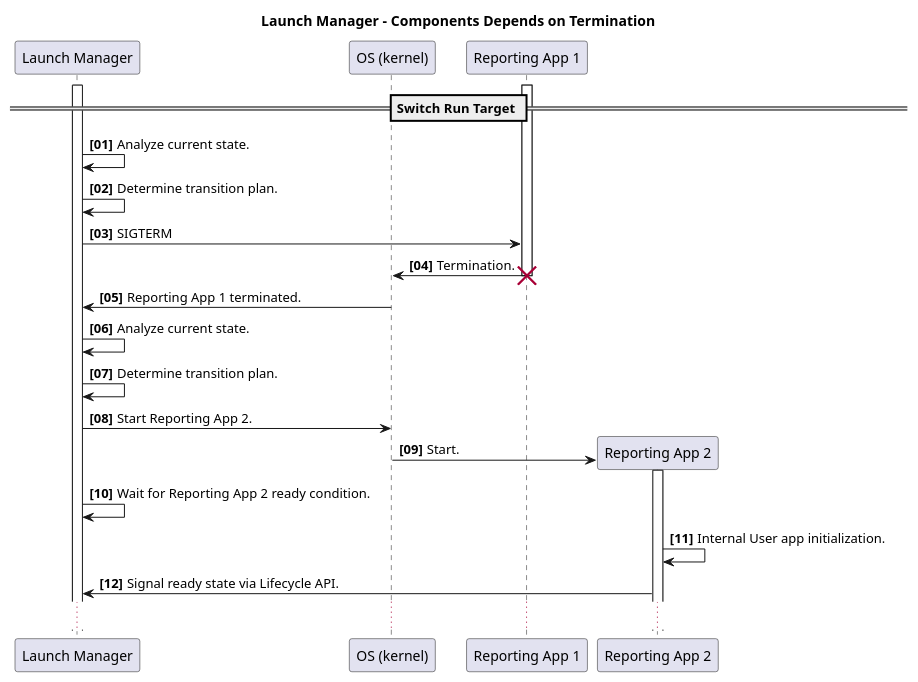
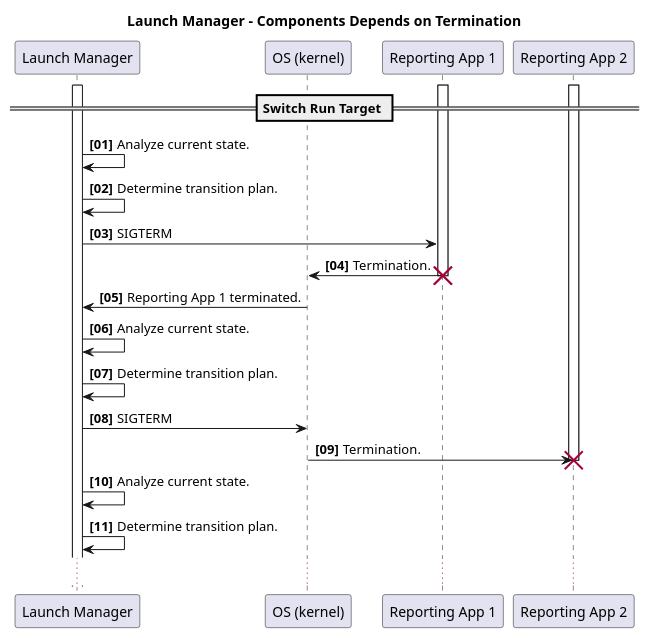
Before and after one commit to eclipse-score/lifecycle: the diagram in docs/features/lifecycle/architecture/_assets/launch_manager_terminate_dep.puml, drawn with PlantUML. The commit also changed 1 other file, not shown here.

Commit message:
Fixing dep order seq diagram

```diff
--- a/docs/features/lifecycle/architecture/_assets/launch_manager_terminate_dep.puml
+++ b/docs/features/lifecycle/architecture/_assets/launch_manager_terminate_dep.puml
@@ -14,37 +14,37 @@
 @startuml
 title Launch Manager - Components Depends on Termination
 
 autonumber "<b>[00]"
 
 participant "Launch Manager" as LM
 participant "OS (kernel)" as kernel
 participant "Reporting App 1" as app1
 participant "Reporting App 2" as app2
 activate LM
 activate app1
+activate app2
 
 == Switch Run Target ==
 
 LM -> LM: Analyze current state.
 LM -> LM: Determine transition plan.
 
 LM -> app1: SIGTERM
 app1 -> kernel: Termination.
 destroy app1
 
-
 destroy app1
 kernel -> LM: Reporting App 1 terminated.
 deactivate app1
 
 LM -> LM: Analyze current state.
 LM -> LM: Determine transition plan.
 
-LM -> kernel: Start Reporting App 2.
-kernel -> app2 **: Start.
-activate app2
-LM -> LM: Wait for Reporting App 2 ready condition.
-app2 -> app2: Internal User app initialization.
-app2 -> LM: Signal ready state via Lifecycle API.
+LM -> kernel: SIGTERM
+kernel -> app2: Termination.
+destroy app2
+
+LM -> LM: Analyze current state.
+LM -> LM: Determine transition plan.
 ...
 @enduml
```
